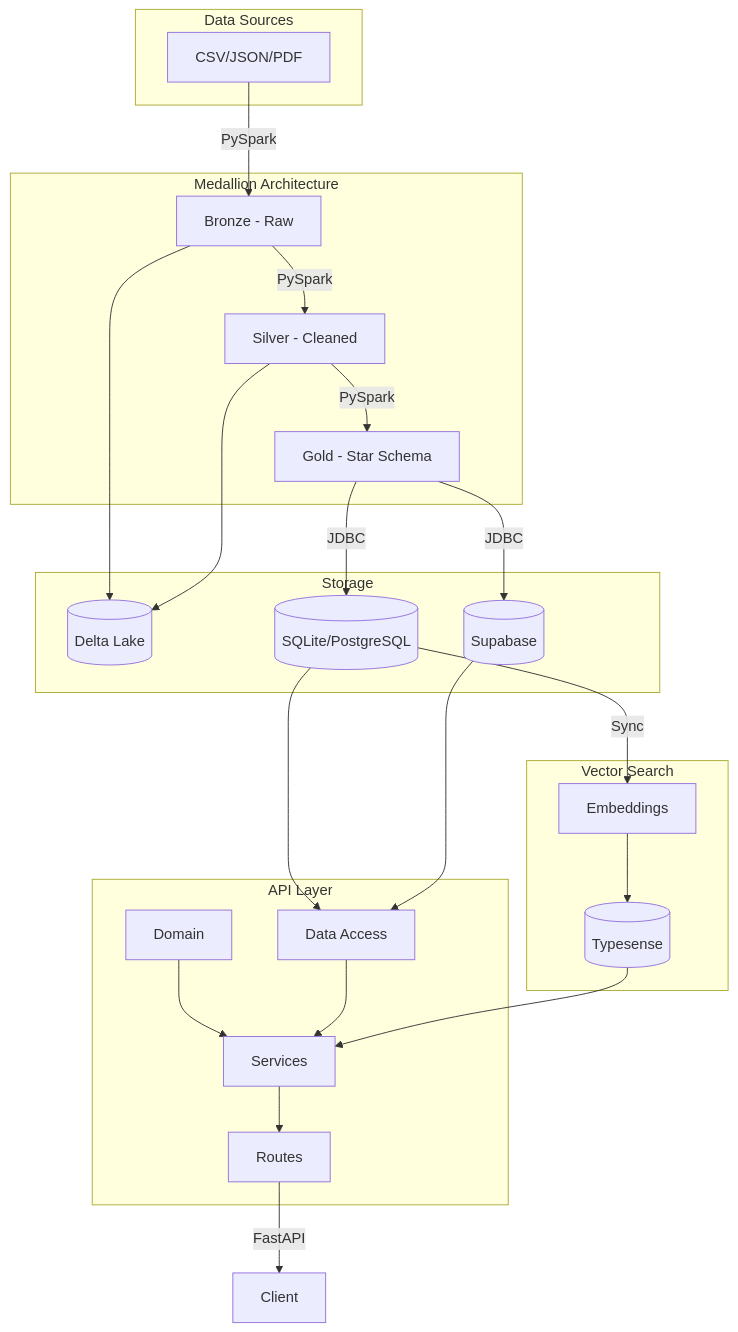
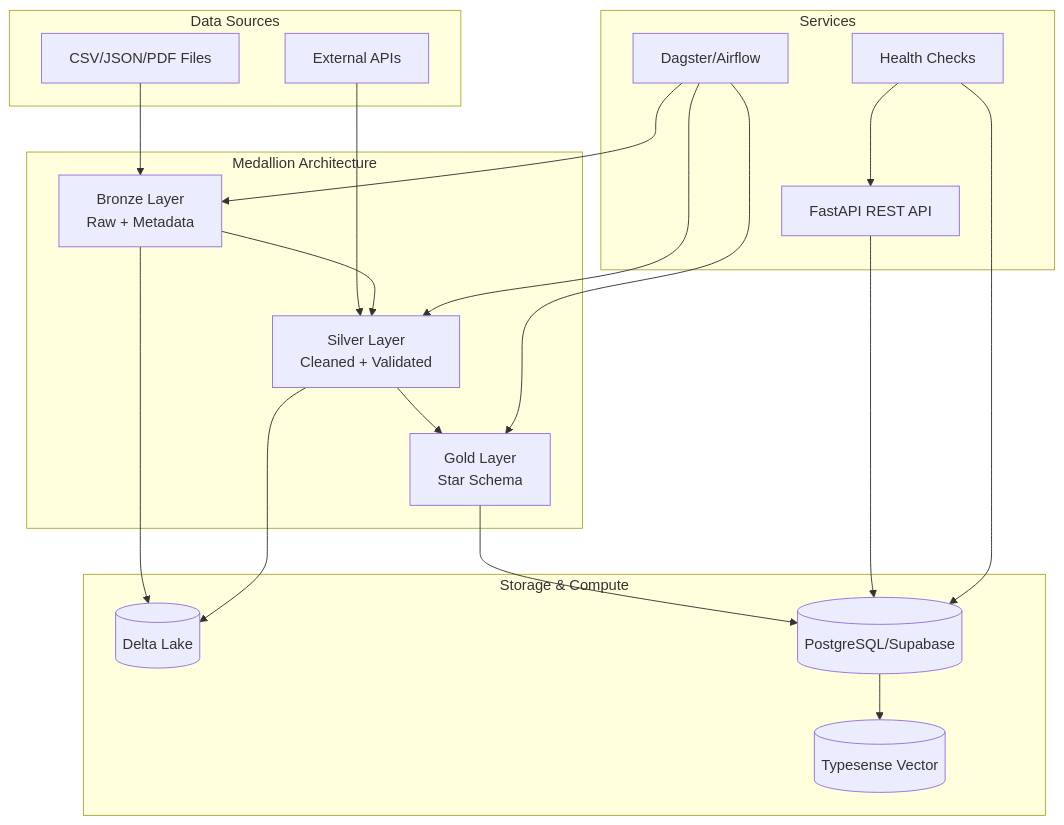
Before and after one commit to Camilo555/PwC-Challenge-DataEngineer: the first of 3 diagrams in README.md, drawn with Mermaid. The commit also changed other lines of this file and 4 other files, not shown here.

````diff
--- a/README.md
+++ b/README.md
@@ -36,41 +26,36 @@
 ```mermaid
 graph TB
-    subgraph Data Sources
-        Files[CSV/JSON/PDF]
+    subgraph "Data Sources"
+        Files[CSV/JSON/PDF Files]
+        APIs[External APIs]
     end
-    subgraph Medallion Architecture
-        Bronze[Bronze - Raw]
-        Silver[Silver - Cleaned]
-        Gold[Gold - Star Schema]
+    
+    subgraph "Medallion Architecture" 
+        Bronze[Bronze Layer<br/>Raw + Metadata]
+        Silver[Silver Layer<br/>Cleaned + Validated]
+        Gold[Gold Layer<br/>Star Schema]
     end
-    subgraph Storage
-        Lake[(Delta Lake)]
-        Warehouse[(SQLite/PostgreSQL)]
-        Supabase[(Supabase)]
+    
+    subgraph "Storage & Compute"
+        Delta[(Delta Lake)]
+        Warehouse[(PostgreSQL/Supabase)]
+        Search[(Typesense Vector)]
     end
-    subgraph Vector Search
-        Embed[Embeddings]
-        Typesense[(Typesense)]
+    
+    subgraph "Services"
+        API[FastAPI REST API]
+        Orchestration[Dagster/Airflow]
+        Monitoring[Health Checks]
     end
-    subgraph API Layer
-        Routes[Routes]
-        Services[Services]
-        Domain[Domain]
-        DataAccess[Data Access]
-    end
-    Files -->|PySpark| Bronze
-    Bronze -->|PySpark| Silver
-    Silver -->|PySpark| Gold
-    Bronze & Silver --> Lake
-    Gold -->|JDBC| Warehouse
-    Gold -->|JDBC| Supabase
-    Warehouse --> DataAccess
-    Supabase --> DataAccess
-    Domain --> Services
-    Services --> Routes
-    DataAccess --> Services
-    Warehouse -->|Sync| Embed
-    Embed --> Typesense
-    Typesense --> Services
-    Routes -->|FastAPI| Client[Client]
+    
+    Files --> Bronze
+    APIs --> Silver
+    Bronze --> Silver
+    Silver --> Gold
+    Bronze & Silver --> Delta
+    Gold --> Warehouse
+    Warehouse --> Search
+    API --> Warehouse
+    Orchestration --> Bronze & Silver & Gold
+    Monitoring --> API & Warehouse
 ```
````
